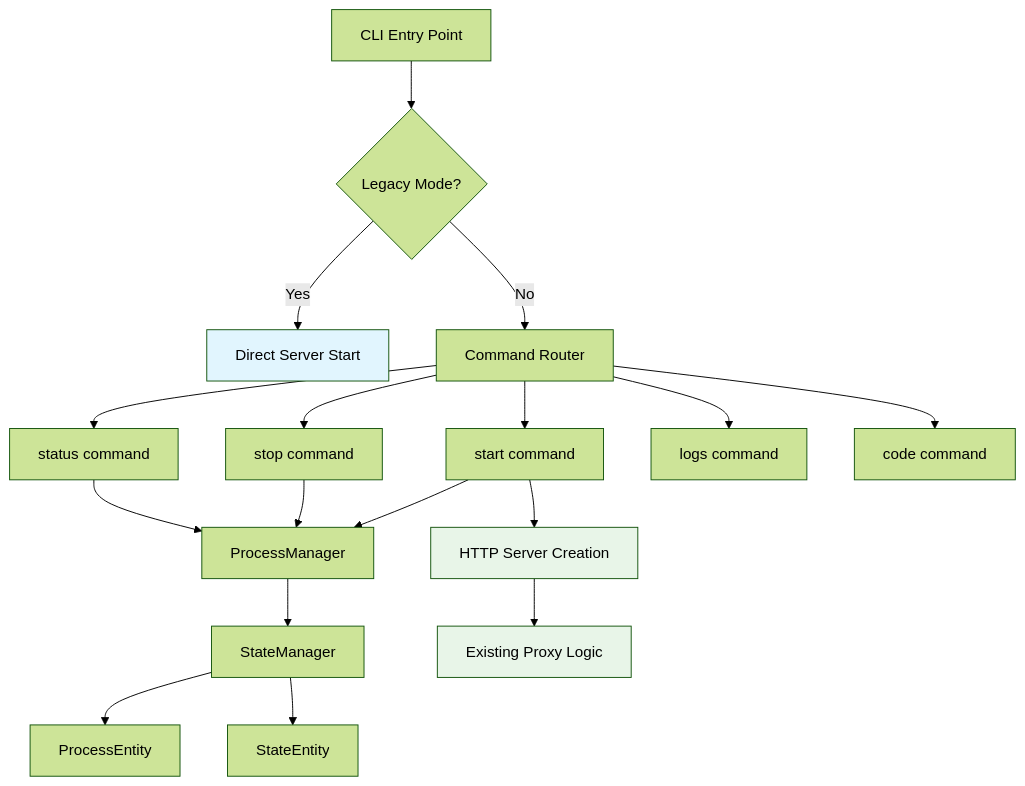
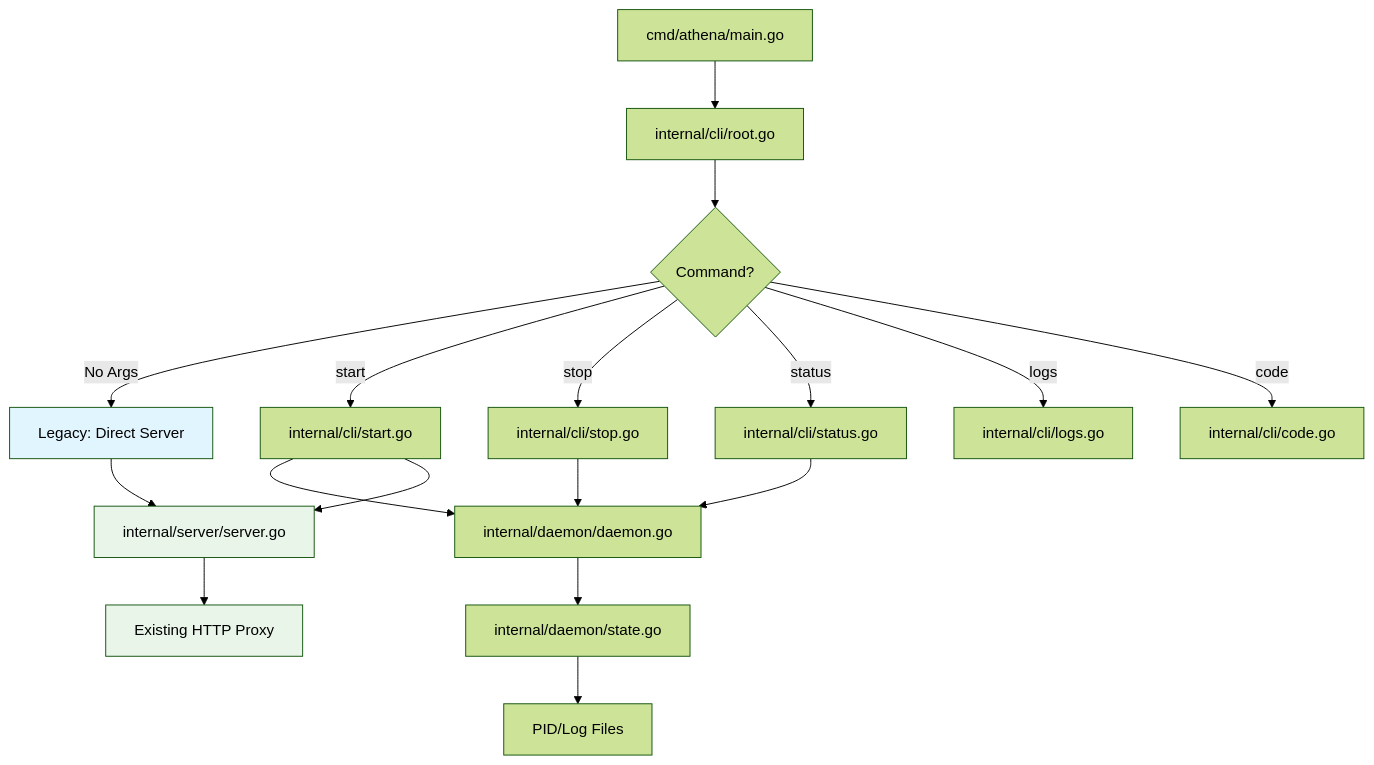
One commit to martinffx/athena changed the first of 2 diagrams in docs/specs/subcommands/design.md. Above: the diagram before and after it, drawn with Mermaid (forest theme). The commit also changed other lines of this file and 45 other files, not shown here.

First line of the commit message:
feat: Add CLI subcommands with daemon mode support

````diff
--- a/docs/specs/subcommands/design.md
+++ b/docs/specs/subcommands/design.md
@@ -74,27 +84,27 @@
 ```mermaid
 graph TD
-    A[CLI Entry Point] --> B{Legacy Mode?}
-    B -->|Yes| C[Direct Server Start]
-    B -->|No| D[Command Router]
-    
-    D --> E[start command]
-    D --> F[stop command]
-    D --> G[status command]
-    D --> H[logs command]
-    D --> I[code command]
-    
-    E --> J[ProcessManager]
+    A[cmd/athena/main.go] --> B[internal/cli/root.go]
+    B --> C{Command?}
+
+    C -->|No Args| D[Legacy: Direct Server]
+    C -->|start| E[internal/cli/start.go]
+    C -->|stop| F[internal/cli/stop.go]
+    C -->|status| G[internal/cli/status.go]
+    C -->|logs| H[internal/cli/logs.go]
+    C -->|code| I[internal/cli/code.go]
+
+    E --> J[internal/daemon/daemon.go]
     F --> J
     G --> J
-    
-    J --> K[StateManager]
-    K --> L[ProcessEntity]
-    K --> M[StateEntity]
-    
-    E --> N[HTTP Server Creation]
-    N --> O[Existing Proxy Logic]
-    
-    style C fill:#e1f5fe
+
+    J --> K[internal/daemon/state.go]
+    K --> L[PID/Log Files]
+
+    E --> M[internal/server/server.go]
+    D --> M
+    M --> N[Existing HTTP Proxy]
+
+    style D fill:#e1f5fe
+    style M fill:#e8f5e8
     style N fill:#e8f5e8
-    style O fill:#e8f5e8
 ```
````
